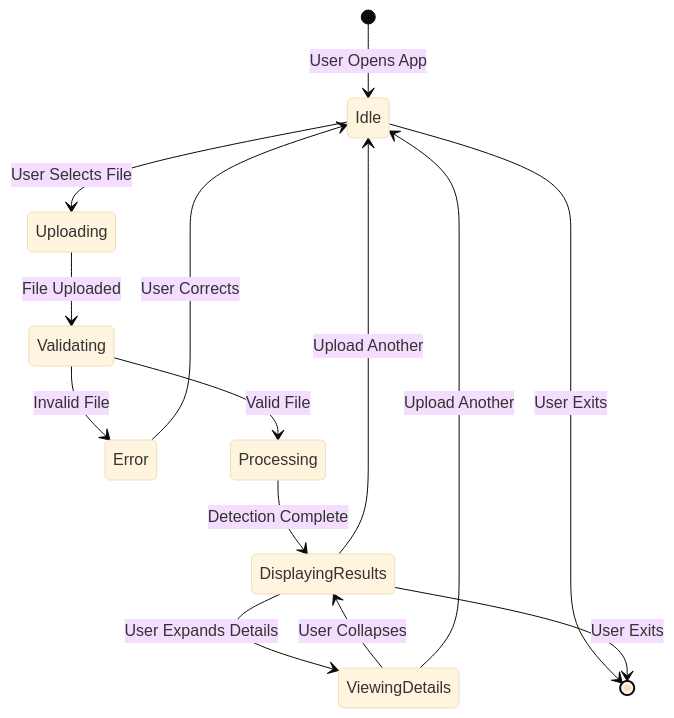
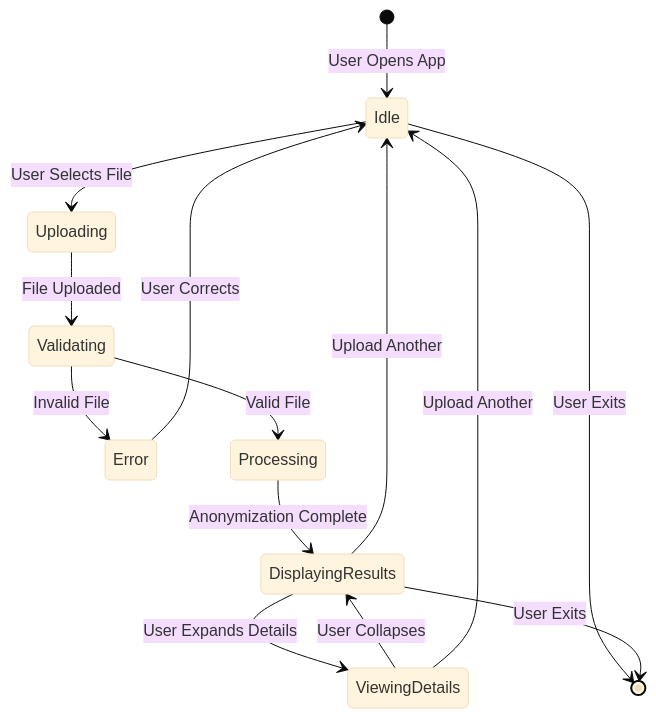
Before and after one commit to FidFenix/htw-emerging-photo: the fifth of 5 diagrams in docs/PROCESSES.md, drawn with Mermaid (base theme). The commit also changed other lines of this file and 4 other files, not shown here.

````diff
--- a/docs/PROCESSES.md
+++ b/docs/PROCESSES.md
@@ -267,21 +381,21 @@
 ```mermaid
 stateDiagram-v2
     [*] --> Idle: User Opens App
     Idle --> Uploading: User Selects File
     Uploading --> Validating: File Uploaded
     
     Validating --> Error: Invalid File
     Validating --> Processing: Valid File
     
     Error --> Idle: User Corrects
     
-    Processing --> DisplayingResults: Detection Complete
+    Processing --> DisplayingResults: Anonymization Complete
     DisplayingResults --> ViewingDetails: User Expands Details
     ViewingDetails --> DisplayingResults: User Collapses
     
     DisplayingResults --> Idle: Upload Another
     ViewingDetails --> Idle: Upload Another
     
     Idle --> [*]: User Exits
     DisplayingResults --> [*]: User Exits
 ```
````
